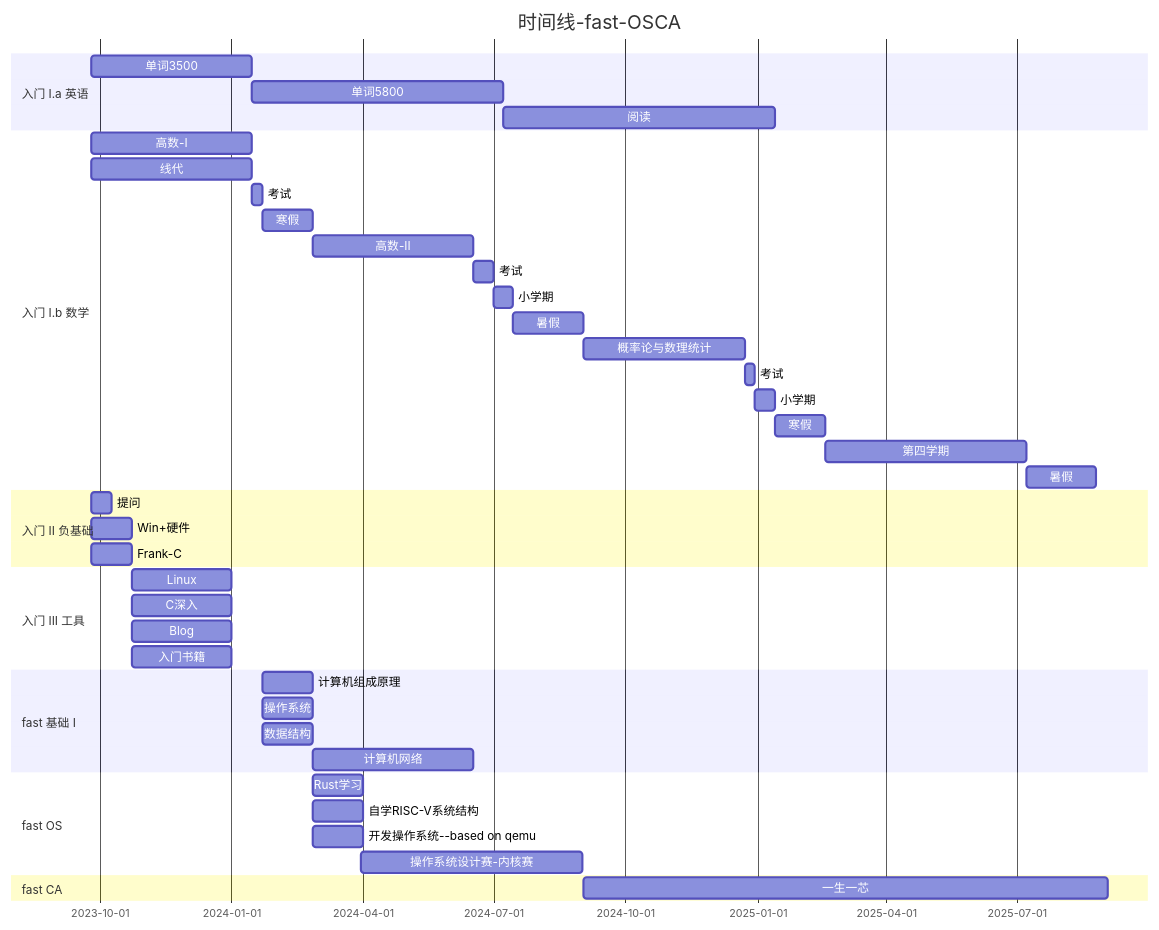
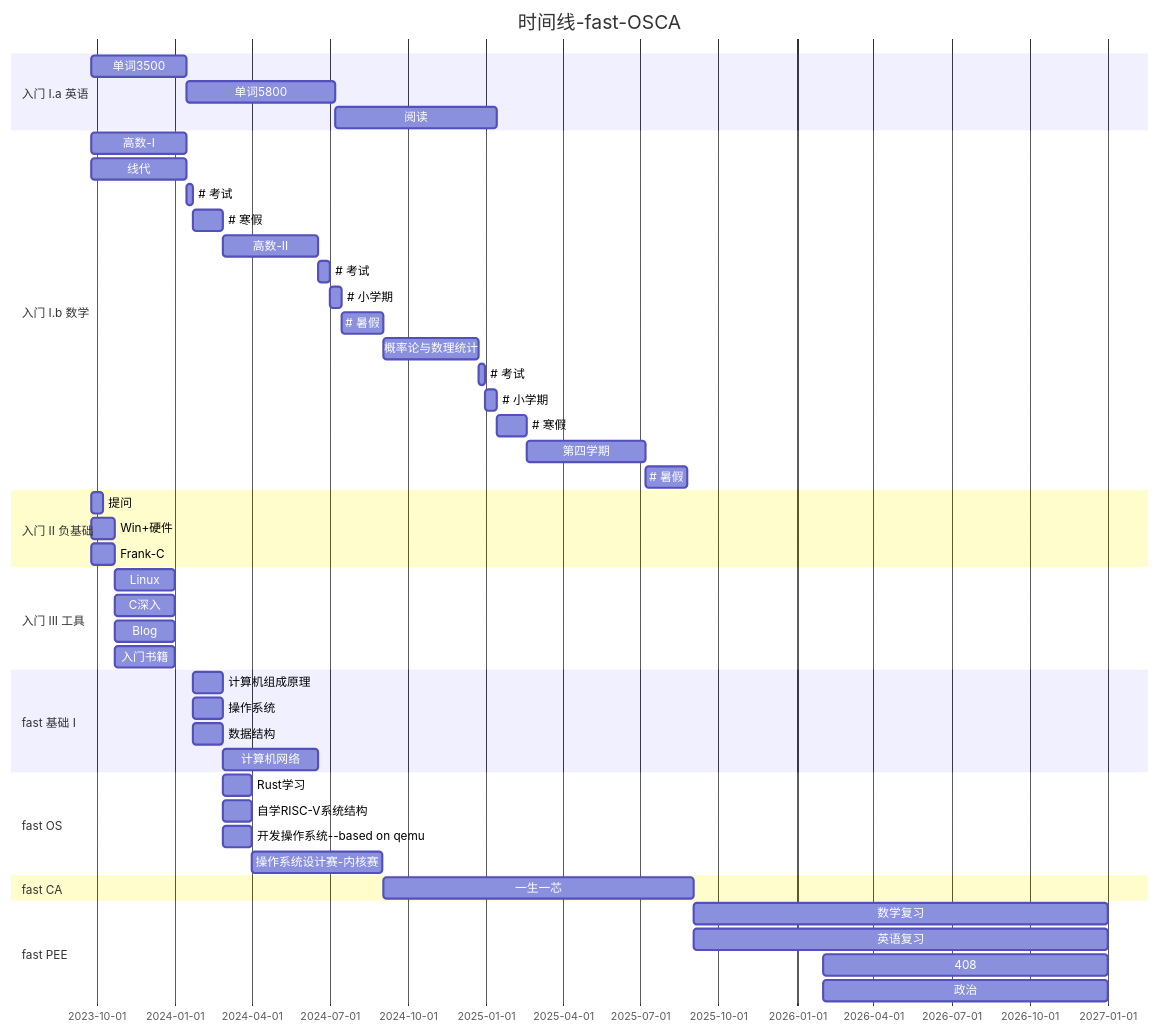
One commit to Haohahahaha/cs changed the first of 3 diagrams in docs/greenhand/fertile/fertile.md. Above: the diagram before and after it, drawn with Mermaid. The commit also changed other lines of this file and 1 other file, not shown here.

Commit message:
2023-12-20_10:55:04 update

````diff
--- a/docs/greenhand/fertile/fertile.md
+++ b/docs/greenhand/fertile/fertile.md
@@ -21,44 +21,49 @@
 ```mermaid
 gantt
     title 时间线-fast-OSCA
     section 入门 I.a 英语
     单词3500  : 2023-09-25, 16w
     单词5800  : 25w
     阅读		: 27w
     section 入门 I.b 数学
     高数-I	: 2023-09-25, 16w
     线代 		: 2023-09-25, 16w
-    考试: 1w
-    寒假: 5w
+#   考试: 1w
+#   寒假: 5w
     高数-II	: 2024-02-26, 16w
-    考试: 2w
-    小学期: 2w
-    暑假: 7w
+#   考试: 2w
+#   小学期: 2w
+#   暑假: 7w
     概率论与数理统计: 2024-09-02, 16w
-    考试: 1w
-    小学期: 2w
-    寒假: 5w
+#   考试: 1w
+#   小学期: 2w
+#   寒假: 5w
     第四学期: 20w
-    暑假: 7w
+#   暑假: 7w
     section 入门 II 负基础
     提问	: 2023-09-25, 2w
     Win+硬件: 2023-09-25, 4w
     Frank-C	: 2023-09-25, 4w
     section 入门 III 工具
     Linux: 2023-10-23, 10w
     C深入: 2023-10-23, 10w
     Blog: 2023-10-23, 10w
     入门书籍: 2023-10-23, 10w
     section fast 基础 I 
    	计算机组成原理: 2024-01-22, 5w
    	操作系统: 2024-01-22, 5w
    	数据结构: 2024-01-22, 5w
     计算机网络: 2024-02-26, 16w
     section fast OS
     Rust学习: 2024-02-26, 5w
     自学RISC-V系统结构: 2024-02-26, 5w
     开发操作系统--based on qemu: 2024-02-26, 5w
     操作系统设计赛-内核赛: 2024-03-31, 22w
     section fast CA
     一生一芯: 2024-09-02, 1y
+    section fast PEE
+    数学复习: 2025-09-01, 16M
+    英语复习: 2025-09-01, 16M
+    408: 2026-02-01, 11M
+    政治: 2026-02-01, 11M
 ```
````
